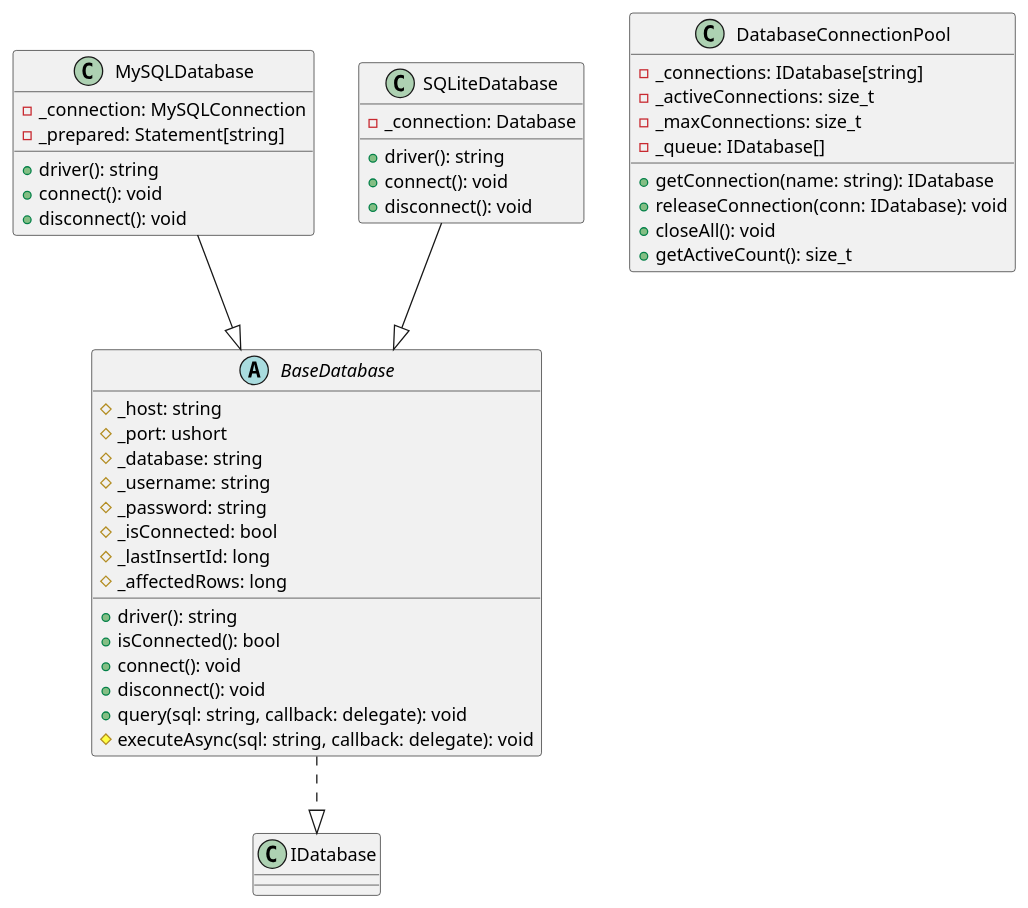
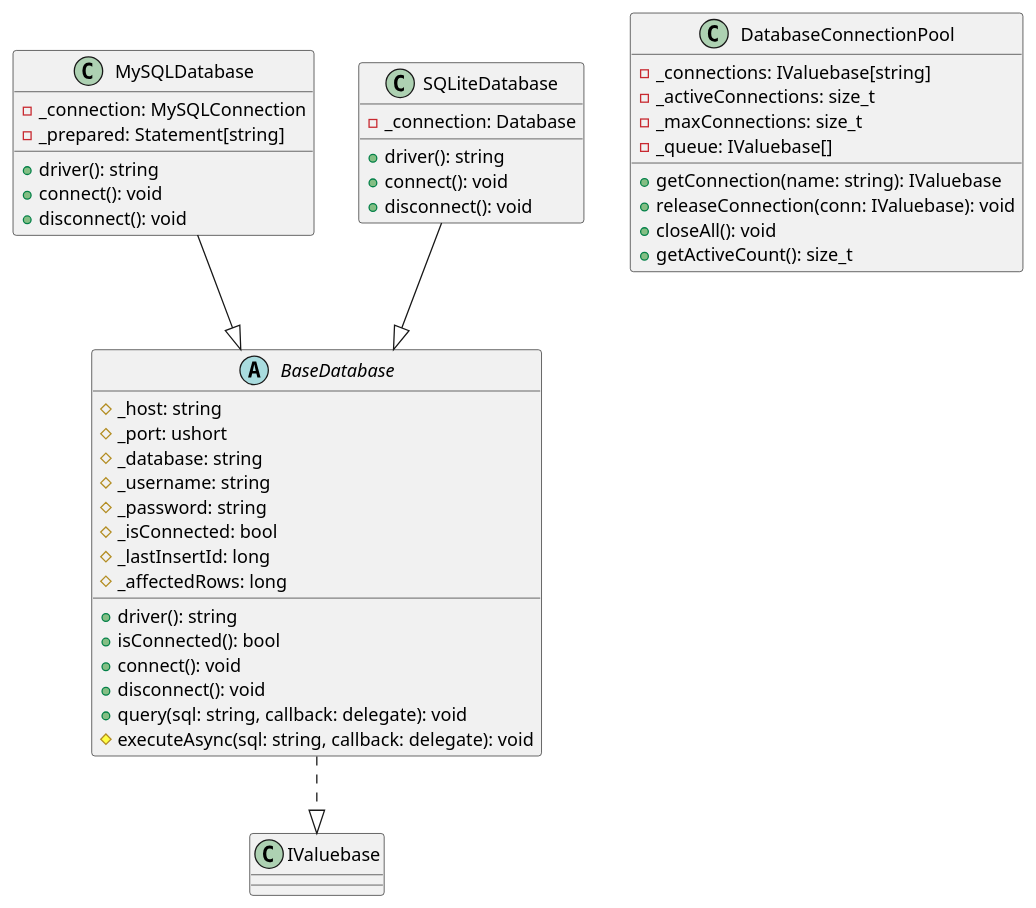
The second of 9 diagrams in orm/UML.md (UIMSolutions/uim-framework), drawn with PlantUML before and after one commit. The commit also changed other lines of this file and 29 other files, not shown here.

Commit message:
Refactor database and ORM interfaces to replace IDatabase with IValuebase for improved consistency and type safety

````diff
--- a/orm/UML.md
+++ b/orm/UML.md
@@ -83,56 +83,56 @@
 ```plantuml
 @startuml ORM_Connections
 
 abstract class BaseDatabase {
   # _host: string
   # _port: ushort
   # _database: string
   # _username: string
   # _password: string
   # _isConnected: bool
   # _lastInsertId: long
   # _affectedRows: long
   
   + driver(): string
   + isConnected(): bool
   + connect(): void
   + disconnect(): void
   + query(sql: string, callback: delegate): void
   # executeAsync(sql: string, callback: delegate): void
 }
 
 class MySQLDatabase {
   - _connection: MySQLConnection
   - _prepared: Statement[string]
   
   + driver(): string
   + connect(): void
   + disconnect(): void
 }
 
 class SQLiteDatabase {
   - _connection: Database
   
   + driver(): string
   + connect(): void
   + disconnect(): void
 }
 
 class DatabaseConnectionPool {
-  - _connections: IDatabase[string]
+  - _connections: IValuebase[string]
   - _activeConnections: size_t
   - _maxConnections: size_t
-  - _queue: IDatabase[]
+  - _queue: IValuebase[]
   
-  + getConnection(name: string): IDatabase
-  + releaseConnection(conn: IDatabase): void
+  + getConnection(name: string): IValuebase
+  + releaseConnection(conn: IValuebase): void
   + closeAll(): void
   + getActiveCount(): size_t
 }
 
-BaseDatabase ..|> IDatabase
+BaseDatabase ..|> IValuebase
 MySQLDatabase --|> BaseDatabase
 SQLiteDatabase --|> BaseDatabase
 
 @enduml
 ```
````
